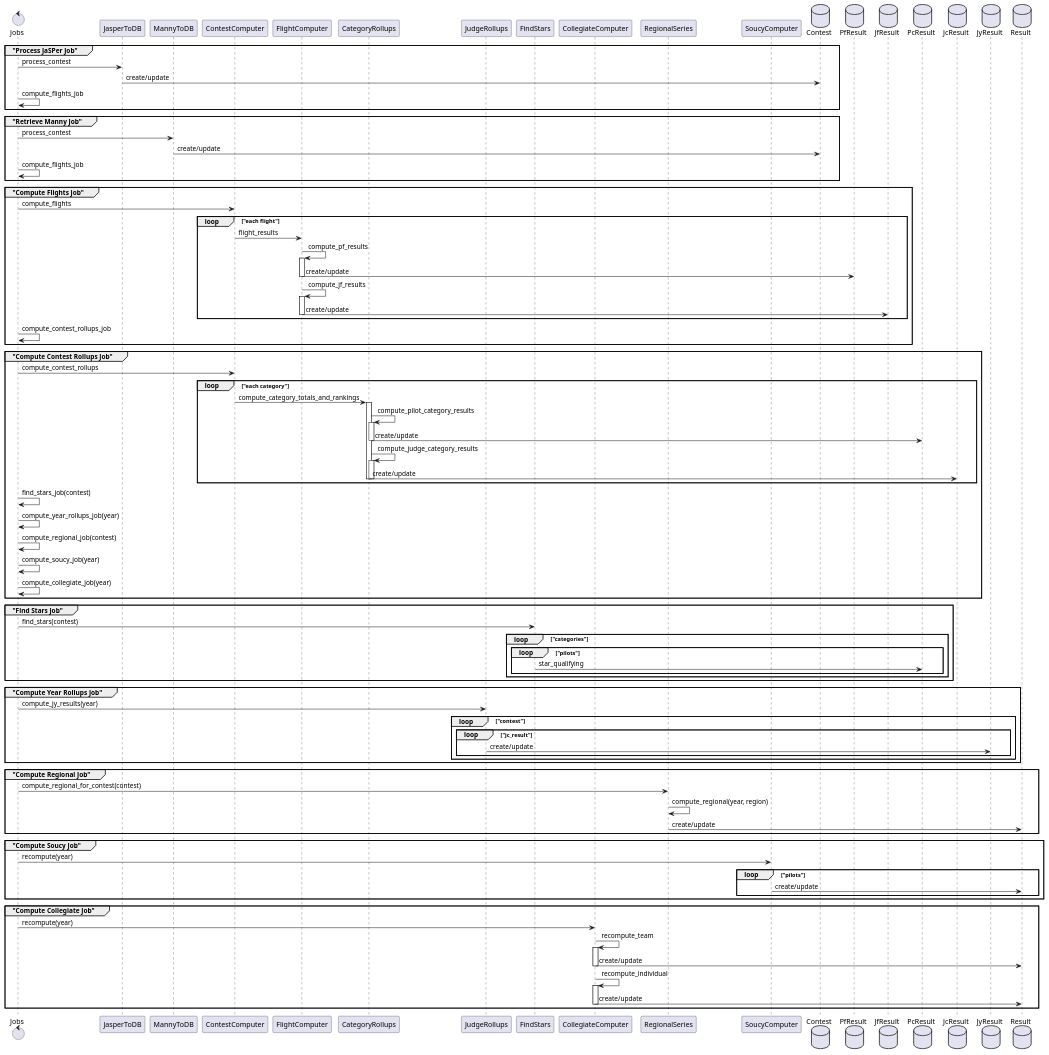
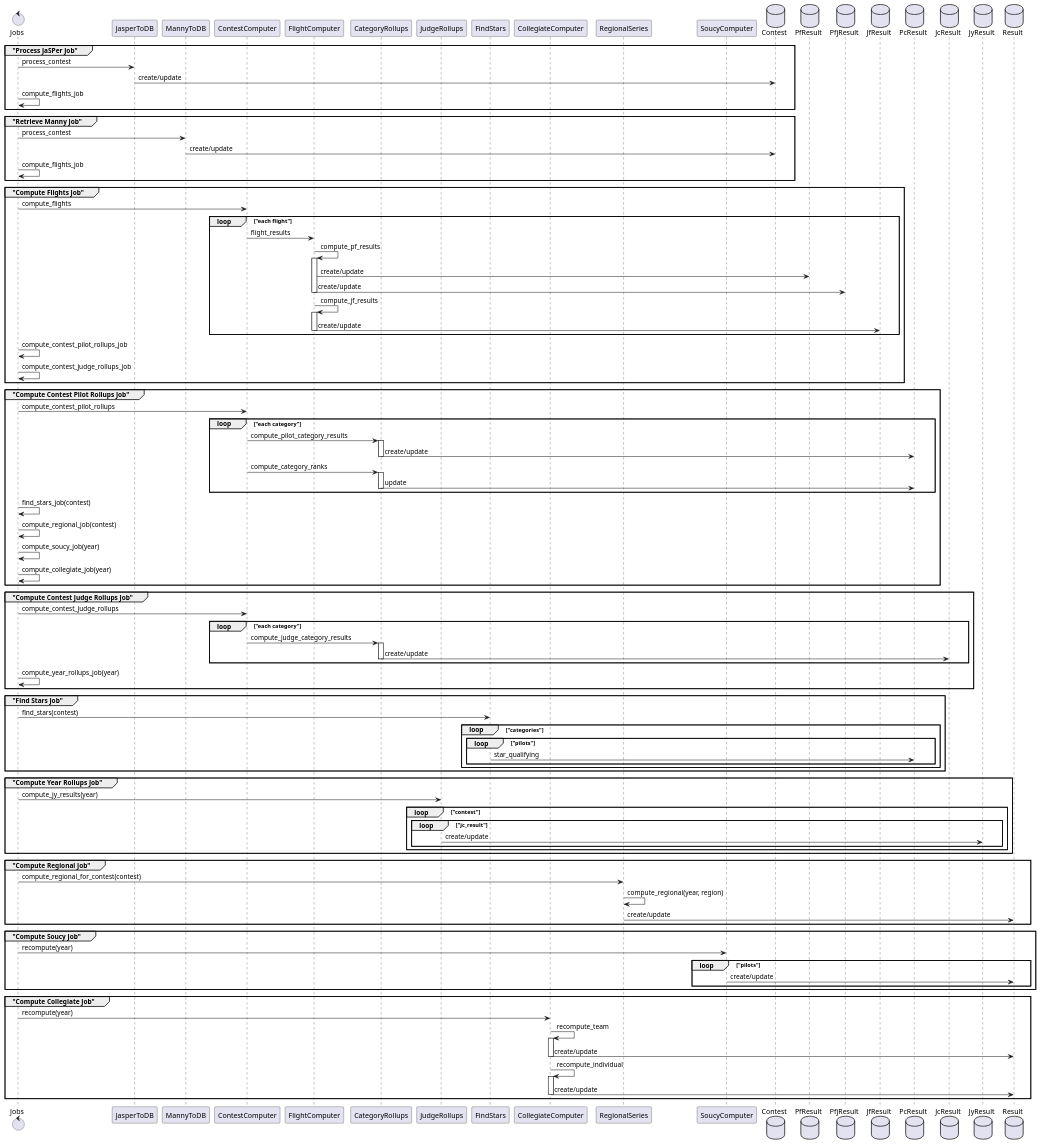
Before and after one commit to International-Aerobatic-Club/iaccdb: the diagram in doc/jobs.plantuml, drawn with PlantUML. The commit also changed 16 other files, not shown here.

Commit message:
separate judge category computations from pilot category computations

```diff
--- a/doc/jobs.plantuml
+++ b/doc/jobs.plantuml
@@ -1,114 +1,124 @@
 @startuml
   control Jobs
   participant JasperToDB
   participant MannyToDB
   participant ContestComputer as CC
   participant FlightComputer as FC
   participant CategoryRollups as CR
   participant JudgeRollups as JR
   participant FindStars as Stars
   participant CollegiateComputer as Coll
   participant RegionalSeries as Regional
   participant SoucyComputer as Soucy
   database Contest
   database PfResult as PF
+  database PfjResult as PFJ
   database JfResult as JF
   database PcResult as PC
   database JcResult as JC
   database JyResult as JY
   database Result
 
   group "Process JaSPer Job"
     Jobs -> JasperToDB : process_contest
     JasperToDB -> Contest : create/update
     Jobs -> Jobs : compute_flights_job
   end
 
   group "Retrieve Manny Job"
     Jobs -> MannyToDB : process_contest
     MannyToDB -> Contest : create/update
     Jobs -> Jobs : compute_flights_job
   end
 
   group "Compute Flights Job"
     Jobs -> CC : compute_flights
     loop "each flight"
       CC -> FC : flight_results
       FC -> FC : compute_pf_results
       activate FC
         FC -> PF : create/update
+        FC -> PFJ : create/update
       deactivate FC
       FC -> FC : compute_jf_results
       activate FC
         FC -> JF : create/update
       deactivate FC
     end
-    Jobs -> Jobs : compute_contest_rollups_job
+    Jobs -> Jobs : compute_contest_pilot_rollups_job
+    Jobs -> Jobs : compute_contest_judge_rollups_job
   end
 
-  group "Compute Contest Rollups Job"
-    Jobs -> CC : compute_contest_rollups
+  group "Compute Contest Pilot Rollups Job"
+    Jobs -> CC : compute_contest_pilot_rollups
     loop "each category"
-      CC -> CR : compute_category_totals_and_rankings
+      CC -> CR : compute_pilot_category_results
       activate CR
-        CR -> CR : compute_pilot_category_results
-        activate CR
-          CR -> PC : create/update
-        deactivate CR
-        CR -> CR : compute_judge_category_results
-        activate CR
-          CR -> JC : create/update
-        deactivate CR
+        CR -> PC : create/update
+      deactivate CR
+      CC -> CR : compute_category_ranks
+      activate CR
+        CR -> PC : update
       deactivate CR
     end
     Jobs -> Jobs : find_stars_job(contest)
-    Jobs -> Jobs : compute_year_rollups_job(year)
     Jobs -> Jobs : compute_regional_job(contest)
     Jobs -> Jobs : compute_soucy_job(year)
     Jobs -> Jobs : compute_collegiate_job(year)
+  end
+
+  group "Compute Contest Judge Rollups Job"
+    Jobs -> CC : compute_contest_judge_rollups
+    loop "each category"
+      CC -> CR : compute_judge_category_results
+      activate CR
+        CR -> JC : create/update
+      deactivate CR
+    end
+    Jobs -> Jobs : compute_year_rollups_job(year)
   end
 
   group "Find Stars Job"
     Jobs -> Stars : find_stars(contest)
     loop "categories"
       loop "pilots"
         Stars -> PC : star_qualifying
       end
     end
   end
 
   group "Compute Year Rollups Job"
     Jobs -> JR : compute_jy_results(year)
     loop "contest"
       loop "jc_result"
         JR -> JY : create/update
       end
     end
   end
 
   group "Compute Regional Job"
     Jobs -> Regional : compute_regional_for_contest(contest)
     Regional -> Regional : compute_regional(year, region)
     Regional -> Result : create/update
   end
 
   group "Compute Soucy Job"
     Jobs -> Soucy : recompute(year)
     loop "pilots"
       Soucy -> Result : create/update
     end
   end
 
   group "Compute Collegiate Job"
     Jobs -> Coll : recompute(year)
     Coll -> Coll : recompute_team
     activate Coll
       Coll -> Result : create/update
     deactivate Coll
     Coll -> Coll : recompute_individual
     activate Coll
       Coll -> Result : create/update
     deactivate Coll
   end
 
 @enduml
```
